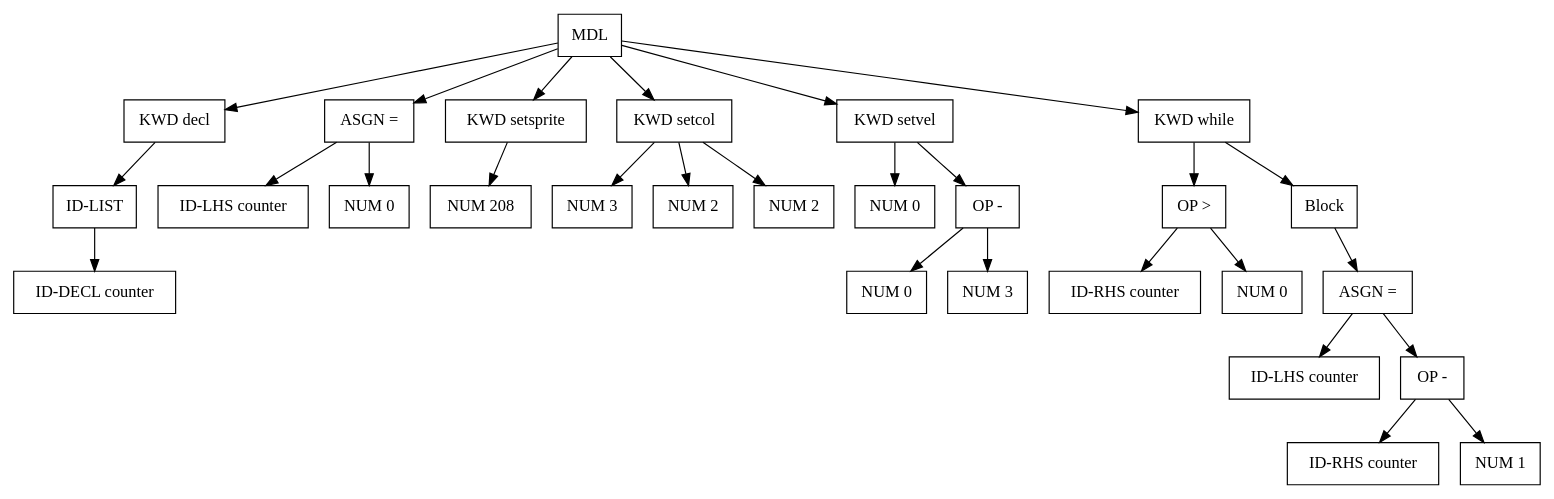
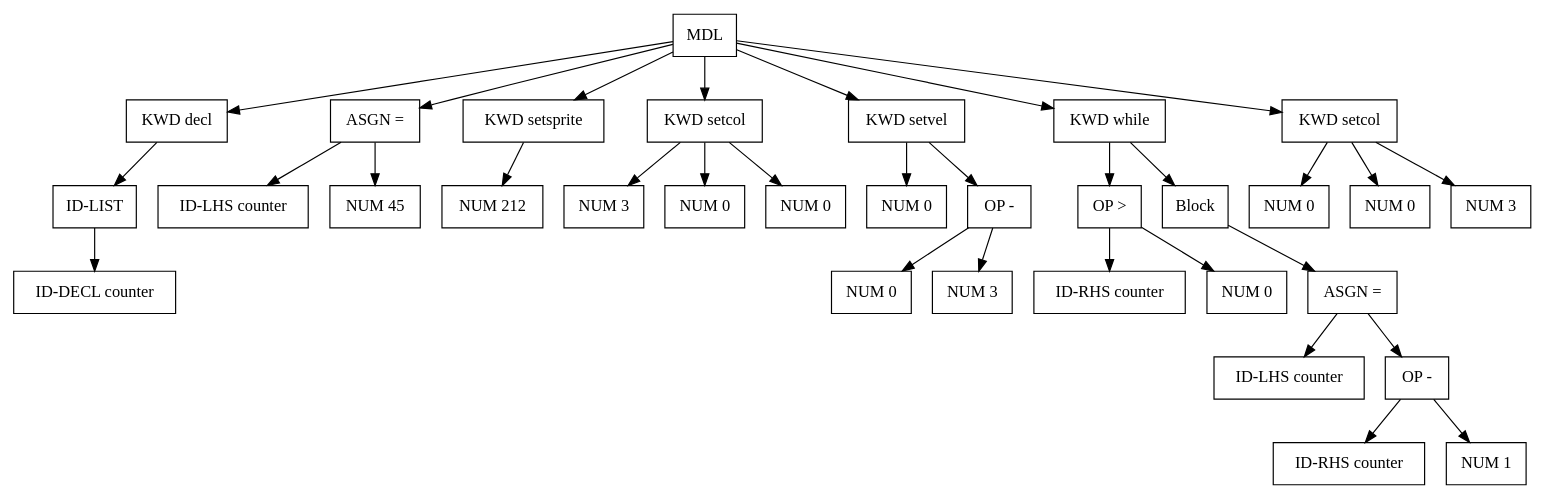
Before and after one commit to seanbutler/Morris: the diagram in assets/code/sparkle.src.gv, drawn with Graphviz. The commit also changed 43 other files, not shown here.

```diff
--- a/assets/code/sparkle.src.gv
+++ b/assets/code/sparkle.src.gv
@@ -1,86 +1,98 @@
 digraph G {
 node [shape = circle];
-node1482 [ uuid = "15aa8841-690f-4ae6-9579-75ab2611bff7" shape = "record" label = "MDL
+node2440 [ uuid = "64d77221-4c56-472f-ae0d-86b2ac35c0d8" shape = "record" label = "MDL
  " ];
-node1483 [ uuid = "ccdcf985-1878-487c-b1c4-55962d7c5087" shape = "record" label = "KWD
+node2441 [ uuid = "ad35d8bc-5e9e-47ee-aaa7-1165cb67cfc1" shape = "record" label = "KWD
  decl" ];
-node1484 [ uuid = "69dacf6e-7793-4121-8cfe-b4dfc2140395" shape = "record" label = "ID-LIST
+node2442 [ uuid = "8b919396-5eae-406c-8785-f1fc8c6d609e" shape = "record" label = "ID-LIST
  " ];
-node1485 [ uuid = "3317f3c5-4358-47fc-b203-8ac244c48797" shape = "record" label = "ID-DECL
+node2443 [ uuid = "ea3bf561-81d8-46b0-b804-c3880f9975e9" shape = "record" label = "ID-DECL
  counter" ];
-node1484 -> node1485;
-node1483 -> node1484;
-node1482 -> node1483;
-node1487 [ uuid = "d62b6563-a680-4344-9992-653acc314331" shape = "record" label = "ASGN
+node2442 -> node2443;
+node2441 -> node2442;
+node2440 -> node2441;
+node2445 [ uuid = "5abb6ff5-e57b-43eb-af67-7563d532c5f4" shape = "record" label = "ASGN
  =" ];
-node1486 [ uuid = "b1af2fc6-5fe9-4a4b-818a-3aec03694b1c" shape = "record" label = "ID-LHS
+node2444 [ uuid = "6c2e498b-c3a6-47aa-9d1b-6fdface37035" shape = "record" label = "ID-LHS
  counter" ];
-node1487 -> node1486;
-node1488 [ uuid = "15ad897b-a83c-40dc-bbe3-a8acf9330a2e" shape = "record" label = "NUM
+node2445 -> node2444;
+node2446 [ uuid = "fbfb9012-8c5b-4a4c-a394-c5a13d881e37" shape = "record" label = "NUM
+ 45" ];
+node2445 -> node2446;
+node2440 -> node2445;
+node2447 [ uuid = "fcc09290-50d4-4e85-b028-f649dd983495" shape = "record" label = "KWD
+ setsprite" ];
+node2448 [ uuid = "9aeb3b5f-cc25-4243-89f8-e865f447d6a1" shape = "record" label = "NUM
+ 212" ];
+node2447 -> node2448;
+node2440 -> node2447;
+node2449 [ uuid = "5ef615b1-788c-45c4-b5fd-c0e719d20db4" shape = "record" label = "KWD
+ setcol" ];
+node2450 [ uuid = "0b6857b3-b608-46fd-8580-55ca8000f903" shape = "record" label = "NUM
+ 3" ];
+node2449 -> node2450;
+node2451 [ uuid = "9f9708b2-4672-427c-bada-574185a856a7" shape = "record" label = "NUM
  0" ];
-node1487 -> node1488;
-node1482 -> node1487;
-node1489 [ uuid = "1e889dfe-9d9f-43e9-9ca7-18df5b90e2a5" shape = "record" label = "KWD
- setsprite" ];
-node1490 [ uuid = "b09d5c44-77ad-4a3c-8c57-3700d4d26fdb" shape = "record" label = "NUM
- 208" ];
-node1489 -> node1490;
-node1482 -> node1489;
-node1491 [ uuid = "643ef91b-cb8a-41f6-a6d1-2910427b83ec" shape = "record" label = "KWD
+node2449 -> node2451;
+node2452 [ uuid = "9d3d31f4-9971-4829-88ea-a7363ce71722" shape = "record" label = "NUM
+ 0" ];
+node2449 -> node2452;
+node2440 -> node2449;
+node2453 [ uuid = "5f148aff-e539-4afe-a77c-2608906cba18" shape = "record" label = "KWD
+ setvel" ];
+node2454 [ uuid = "ff902379-e383-48c8-a9fe-4aba1838024e" shape = "record" label = "NUM
+ 0" ];
+node2453 -> node2454;
+node2456 [ uuid = "68acc70f-86ea-4127-9332-09f444a3ad62" shape = "record" label = "OP
+ -" ];
+node2455 [ uuid = "745420f7-9765-44cf-b23f-6d4317387c3d" shape = "record" label = "NUM
+ 0" ];
+node2456 -> node2455;
+node2457 [ uuid = "6d23b8e4-8361-4b43-a1fa-d0312131e93c" shape = "record" label = "NUM
+ 3" ];
+node2456 -> node2457;
+node2453 -> node2456;
+node2440 -> node2453;
+node2458 [ uuid = "aad214ba-9143-4b3b-9f88-0f1c84b86b85" shape = "record" label = "KWD
+ while" ];
+node2460 [ uuid = "cdf97b2b-16c7-4277-bf4e-2053533a696b" shape = "record" label = "OP
+ \>" ];
+node2459 [ uuid = "076e4f85-7612-408d-997c-7d7fadca9660" shape = "record" label = "ID-RHS
+ counter" ];
+node2460 -> node2459;
+node2461 [ uuid = "66f01c93-fec9-440a-a910-1451bb791701" shape = "record" label = "NUM
+ 0" ];
+node2460 -> node2461;
+node2458 -> node2460;
+node2462 [ uuid = "f77ac7ae-bdb1-4792-bf64-6567c66620d7" shape = "record" label = "Block
+ " ];
+node2464 [ uuid = "bb489927-cdf8-49ae-bb86-fe08b56347c1" shape = "record" label = "ASGN
+ =" ];
+node2463 [ uuid = "d480eb10-03cf-443d-9bdc-194ead7166d5" shape = "record" label = "ID-LHS
+ counter" ];
+node2464 -> node2463;
+node2466 [ uuid = "8670cd8e-2439-42b5-892c-c14f8200182d" shape = "record" label = "OP
+ -" ];
+node2465 [ uuid = "661b372c-303f-4b6f-b574-6ff133b879df" shape = "record" label = "ID-RHS
+ counter" ];
+node2466 -> node2465;
+node2467 [ uuid = "af2e78ac-0fad-4fe3-8607-232aa8cf5955" shape = "record" label = "NUM
+ 1" ];
+node2466 -> node2467;
+node2464 -> node2466;
+node2462 -> node2464;
+node2458 -> node2462;
+node2440 -> node2458;
+node2468 [ uuid = "d4bdee22-8a4a-4b36-9d38-f83bc2219da5" shape = "record" label = "KWD
  setcol" ];
-node1492 [ uuid = "b022e7e6-adb9-4f52-8a0d-f2b5d6924daa" shape = "record" label = "NUM
+node2469 [ uuid = "c8565bfb-eec2-4011-9c5e-55f0f0236c03" shape = "record" label = "NUM
+ 0" ];
+node2468 -> node2469;
+node2470 [ uuid = "9e75f006-ae79-4537-a39a-47739f722c85" shape = "record" label = "NUM
+ 0" ];
+node2468 -> node2470;
+node2471 [ uuid = "4769a113-9b6f-435f-a877-872785d8c75c" shape = "record" label = "NUM
  3" ];
-node1491 -> node1492;
-node1493 [ uuid = "e14e1003-27ca-44fb-898c-5db109b344cb" shape = "record" label = "NUM
- 2" ];
-node1491 -> node1493;
-node1494 [ uuid = "d0c747ab-bda2-46be-8293-83cbf2014241" shape = "record" label = "NUM
- 2" ];
-node1491 -> node1494;
-node1482 -> node1491;
-node1495 [ uuid = "6216961a-2923-449b-8beb-bde1b38da90e" shape = "record" label = "KWD
- setvel" ];
-node1496 [ uuid = "5a23d695-137a-423c-a6f0-975b88199cb4" shape = "record" label = "NUM
- 0" ];
-node1495 -> node1496;
-node1498 [ uuid = "c86f6a96-b92e-467a-906c-ed7d5134e92a" shape = "record" label = "OP
- -" ];
-node1497 [ uuid = "d32b0477-5f08-41f2-89d7-8c0efcd0380e" shape = "record" label = "NUM
- 0" ];
-node1498 -> node1497;
-node1499 [ uuid = "4aaf678d-bd69-4be2-b1b3-f0d6cedd2e76" shape = "record" label = "NUM
- 3" ];
-node1498 -> node1499;
-node1495 -> node1498;
-node1482 -> node1495;
-node1500 [ uuid = "e5eac0cd-3516-4784-8855-451691777825" shape = "record" label = "KWD
- while" ];
-node1502 [ uuid = "3a8442e7-4f30-4a2d-91ab-05a5435d5aad" shape = "record" label = "OP
- \>" ];
-node1501 [ uuid = "8144325f-53e0-448b-b5c5-372bb66efd6a" shape = "record" label = "ID-RHS
- counter" ];
-node1502 -> node1501;
-node1503 [ uuid = "9f011c0c-12a7-429f-8ed2-bdef020b9e12" shape = "record" label = "NUM
- 0" ];
-node1502 -> node1503;
-node1500 -> node1502;
-node1504 [ uuid = "e5764da7-e02d-42ec-913d-de1af63022e7" shape = "record" label = "Block
- " ];
-node1506 [ uuid = "6e5ab1b5-b76e-46d8-ba0f-92e8869f974b" shape = "record" label = "ASGN
- =" ];
-node1505 [ uuid = "cee5b857-6e46-4332-9524-40f0169f9839" shape = "record" label = "ID-LHS
- counter" ];
-node1506 -> node1505;
-node1508 [ uuid = "d059934d-473a-430b-9e1f-c10dc45327ec" shape = "record" label = "OP
- -" ];
-node1507 [ uuid = "af83aa94-4fed-4e43-bff0-71119bc31c21" shape = "record" label = "ID-RHS
- counter" ];
-node1508 -> node1507;
-node1509 [ uuid = "9ef70178-fb35-4020-88b9-85eefcd45a40" shape = "record" label = "NUM
- 1" ];
-node1508 -> node1509;
-node1506 -> node1508;
-node1504 -> node1506;
-node1500 -> node1504;
-node1482 -> node1500;
+node2468 -> node2471;
+node2440 -> node2468;
 }
```
